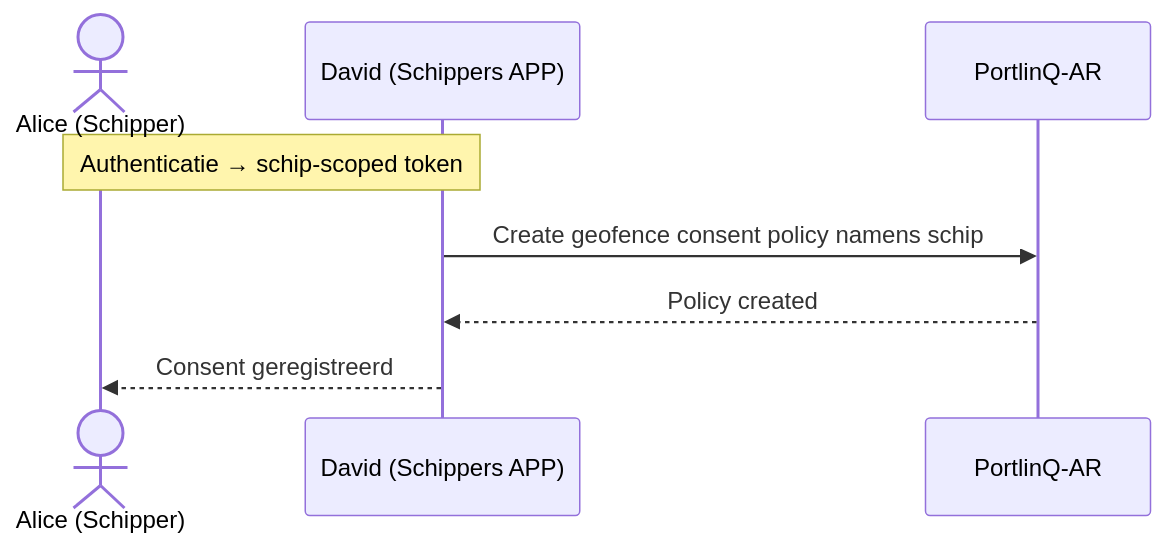
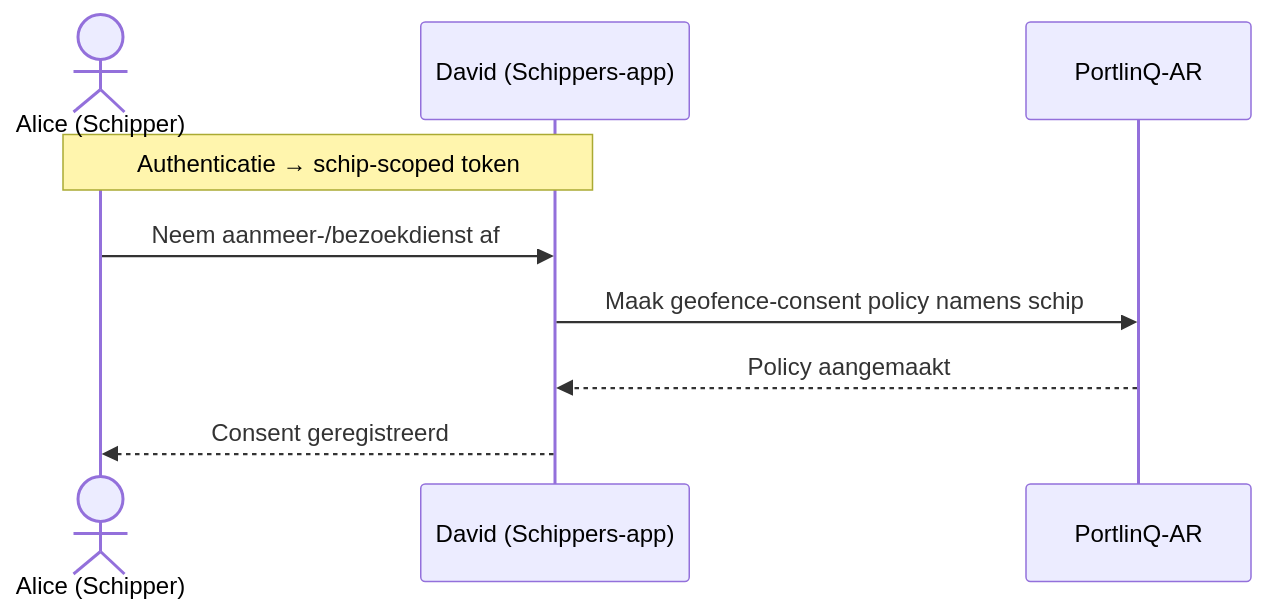
The first of 2 diagrams in portlinq/geofence-arrival.md (POORT8/Poort8.Docs), drawn with Mermaid before and after one commit. The commit also changed other lines of this file and 2 other files, not shown here.

````diff
--- a/portlinq/geofence-arrival.md
+++ b/portlinq/geofence-arrival.md
@@ -11,10 +22,11 @@
 ```mermaid
 sequenceDiagram
     actor Alice as Alice (Schipper)
-    participant David as David (Schippers APP)
+    participant David as David (Schippers-app)
     participant AR as PortlinQ-AR
     Note over Alice,David: Authenticatie → schip-scoped token
-    David->>AR: Create geofence consent policy namens schip
-    AR-->>David: Policy created
+    Alice->>David: Neem aanmeer-/bezoekdienst af
+    David->>AR: Maak geofence-consent policy namens schip
+    AR-->>David: Policy aangemaakt
     David-->>Alice: Consent geregistreerd
 ```
````
